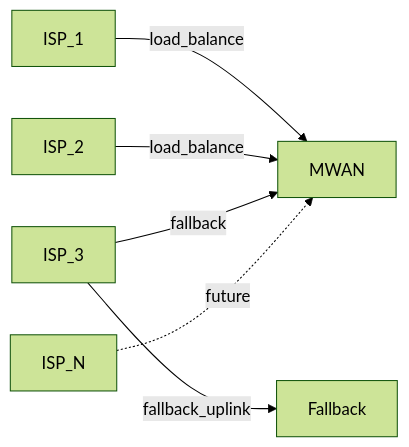
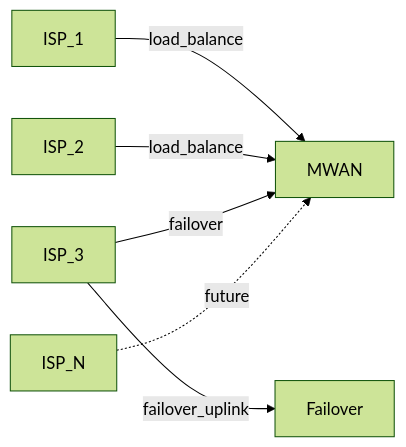
One commit to agoodkind/configs changed the second of 10 diagrams in docs/mwan.md. Above: the diagram before and after it, drawn with Mermaid (forest theme). The commit also changed other lines of this file, not shown here.

Commit message:
Join short sentences with neighbors in docs/mwan.md

````diff
--- a/docs/mwan.md
+++ b/docs/mwan.md
@@ -124,14 +124,14 @@
 ```mermaid
 flowchart LR
   isp1[ISP_1]
   isp2[ISP_2]
   isp3[ISP_3]
   ispN[ISP_N]
   mwan[MWAN]
-  fallback[Fallback]
+  failover[Failover]
   isp1 -->|load_balance| mwan
   isp2 -->|load_balance| mwan
-  isp3 -->|fallback| mwan
-  isp3 -->|fallback_uplink| fallback
+  isp3 -->|failover| mwan
+  isp3 -->|failover_uplink| failover
   ispN -.->|future| mwan
 ```
````
